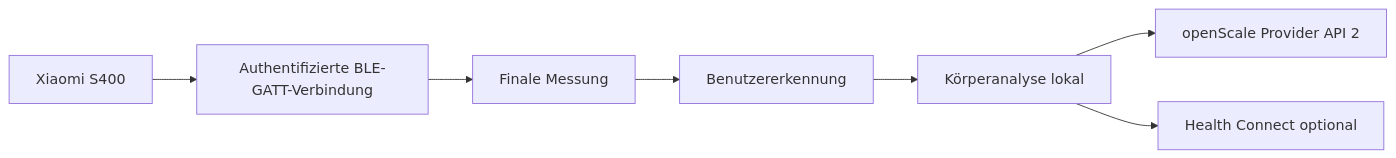
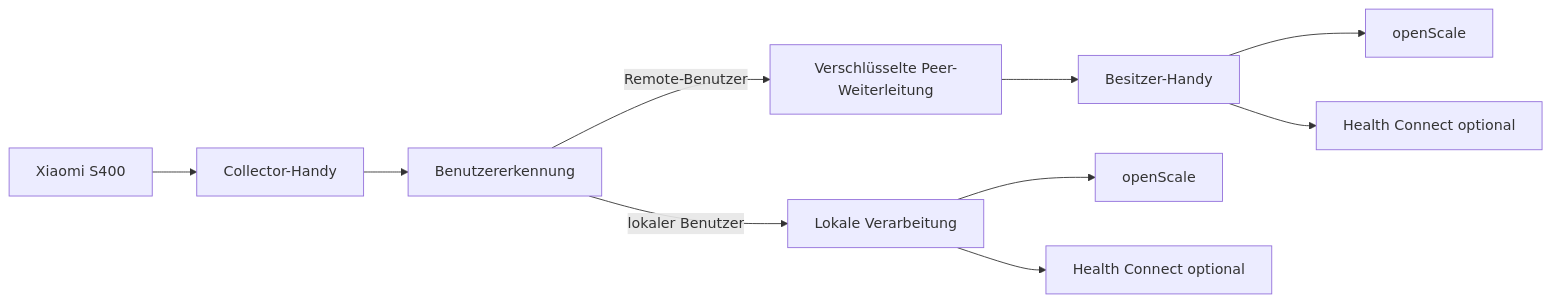
Before and after one commit to 1260er/ScaleLauncher: the diagram in README.de.md, drawn with Mermaid. The commit also changed other lines of this file and 2 other files, not shown here.

````diff
--- a/README.de.md
+++ b/README.de.md
@@ -37,9 +62,12 @@
 ```mermaid
 flowchart LR
-    A[Xiaomi S400] --> B[Authentifizierte BLE-GATT-Verbindung]
-    B --> C[Finale Messung]
-    C --> D[Benutzererkennung]
-    D --> E[Körperanalyse lokal]
-    E --> F[openScale Provider API 2]
-    E --> G[Health Connect optional]
+    A[Xiaomi S400] --> B[Collector-Handy]
+    B --> C[Benutzererkennung]
+    C -->|lokaler Benutzer| D[Lokale Verarbeitung]
+    C -->|Remote-Benutzer| E[Verschlüsselte Peer-Weiterleitung]
+    E --> F[Besitzer-Handy]
+    D --> G[openScale]
+    F --> H[openScale]
+    D --> I[Health Connect optional]
+    F --> J[Health Connect optional]
 ```
````
